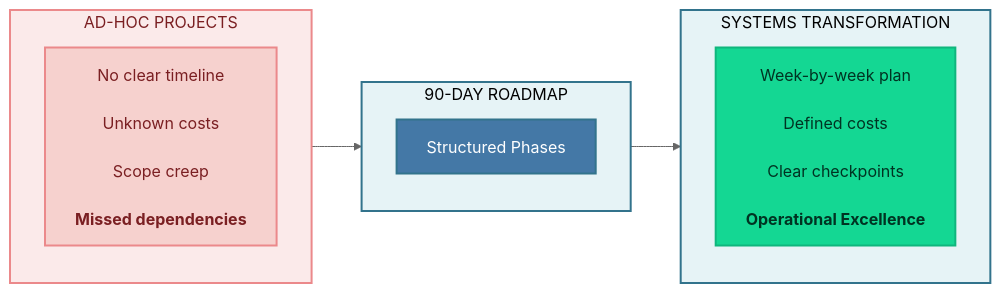
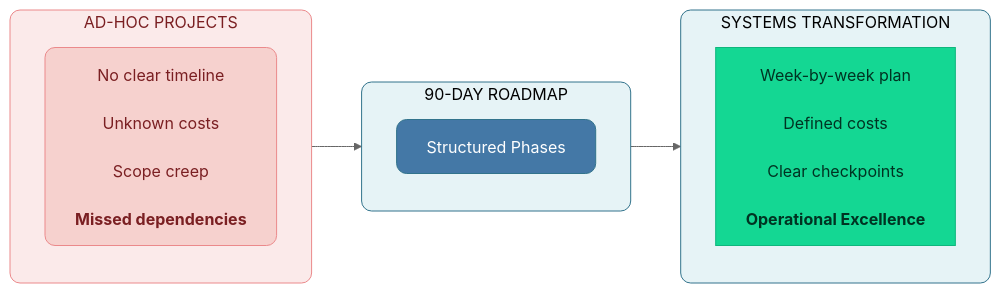
The first of 7 diagrams in manuscript/11_chapter_10_week_by_week_implementation.md (colaberry/trust-before-intelligence-book), drawn with Mermaid (neutral theme) before and after one commit. The commit also changed other lines of this file and 12 other files, not shown here.

````diff
--- a/manuscript/11_chapter_10_week_by_week_implementation.md
+++ b/manuscript/11_chapter_10_week_by_week_implementation.md
@@ -9,28 +9,28 @@
 ```mermaid
 
 graph LR
     subgraph BEFORE["AD-HOC PROJECTS"]
         direction TB
         B1["No clear timeline<br/><br/>Unknown costs<br/><br/>Scope creep<br/><br/><b>Missed dependencies</b>"]
     end
     
     subgraph TRANSFORM["90-DAY ROADMAP"]
         direction TB
         T1["Structured Phases"]
     end
 
     subgraph AFTER["SYSTEMS TRANSFORMATION"]
         direction TB
         A1["Week-by-week plan<br/><br/>Defined costs<br/><br/>Clear checkpoints<br/><br/><b>Operational Excellence</b>"]
     end
     
     BEFORE --> TRANSFORM --> AFTER
     
-    style BEFORE fill:#FBEAEA,stroke:#EB898B,stroke-width:2px,color:#7A1F22
-    style B1 fill:#F6D1CE,stroke:#EB898B,stroke-width:2px,color:#7A1F22
-    style TRANSFORM fill:#E6F3F6,stroke:#32738C,stroke-width:2px,color:#000000
-    style T1 fill:#4478A6,stroke:#32738C,stroke-width:2px,color:#ffffff
-    style AFTER fill:#E6F3F6,stroke:#32738C,stroke-width:2px,color:#000000
-    style A1 fill:#14D793,stroke:#0FB67D,stroke-width:2px,color:#003322
+    style BEFORE fill:#FBEAEA,stroke:#EB898B,stroke-width:1px,color:#7A1F22,rx:10,ry:10
+    style B1 fill:#F6D1CE,stroke:#EB898B,stroke-width:1px,color:#7A1F22,rx:10,ry:10
+    style TRANSFORM fill:#E6F3F6,stroke:#32738C,stroke-width:1px,color:#000000,rx:10,ry:10
+    style T1 fill:#4478A6,stroke:#32738C,stroke-width:1px,color:#ffffff,rx:10,ry:10
+    style AFTER fill:#E6F3F6,stroke:#32738C,stroke-width:1px,color:#000000,rx:10,ry:10
+    style A1 fill:#14D793,stroke:#0FB67D,stroke-width:1px,color:#003322
 
 ```
````
